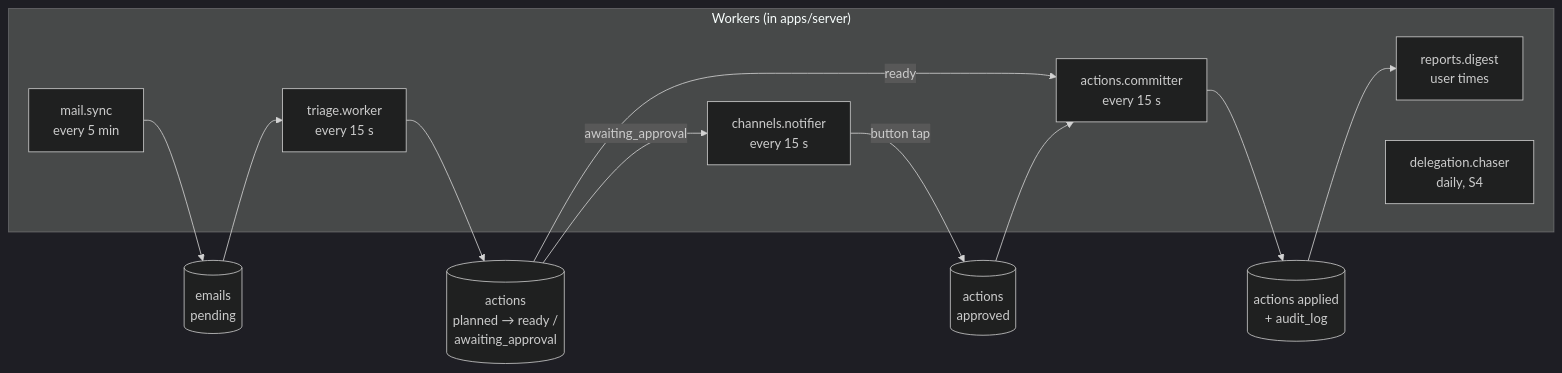
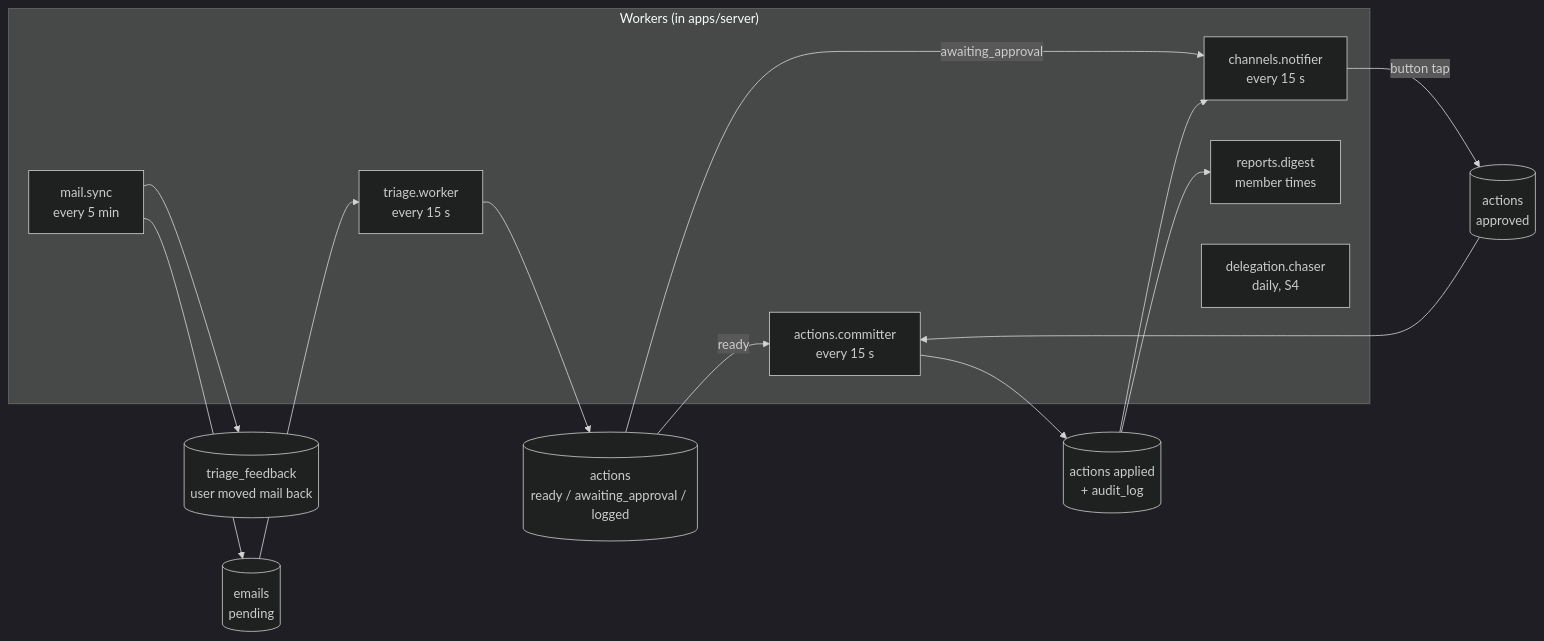
One commit to Artexs/email_assistant changed the first of 2 diagrams in docs/modules.md. Above: the diagram before and after it, drawn with Mermaid (dark theme). The commit also changed other lines of this file and 33 other files, not shown here.

Commit message:
docs: apply MVP review fixes — IMAP first (ADR 0010), own Postgres in Compose (0011), LLM data/cost rules (0012); architecture, modules, roadmap, brief Q9–Q11, code-patterns; slices S0–S6 (S1a/S1b split); review task done

````diff
--- a/docs/modules.md
+++ b/docs/modules.md
@@ -30,21 +32,23 @@
 ```mermaid
 flowchart LR
     subgraph Jobs["Workers (in apps/server)"]
         J1[mail.sync<br/>every 5 min]
         J2[triage.worker<br/>every 15 s]
         J3[actions.committer<br/>every 15 s]
         J4[channels.notifier<br/>every 15 s]
-        J5[reports.digest<br/>user times]
+        J5[reports.digest<br/>member times]
         J6[delegation.chaser<br/>daily, S4]
     end
 
-    E1[(emails<br/>pending)] --> J2
-    J1 --> E1
-    J2 --> A1[(actions<br/>planned → ready /<br/>awaiting_approval)]
+    J1 --> E1[(emails<br/>pending)]
+    J1 --> F1[(triage_feedback<br/>user moved mail back)]
+    E1 --> J2
+    J2 --> A1[(actions<br/>ready / awaiting_approval / logged)]
     A1 -->|ready| J3
     A1 -->|awaiting_approval| J4
     J4 -->|button tap| A2[(actions<br/>approved)]
     A2 --> J3
     J3 --> A3[(actions applied<br/>+ audit_log)]
+    A3 --> J4
     A3 --> J5
 ```
````
